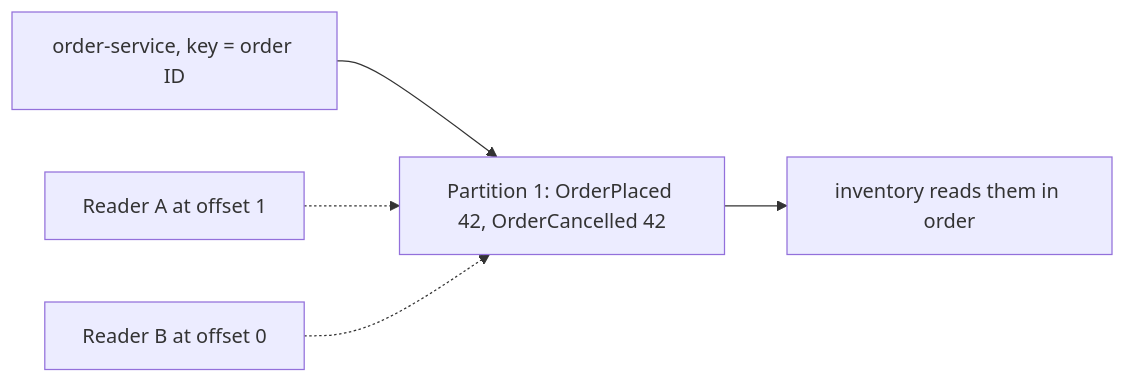
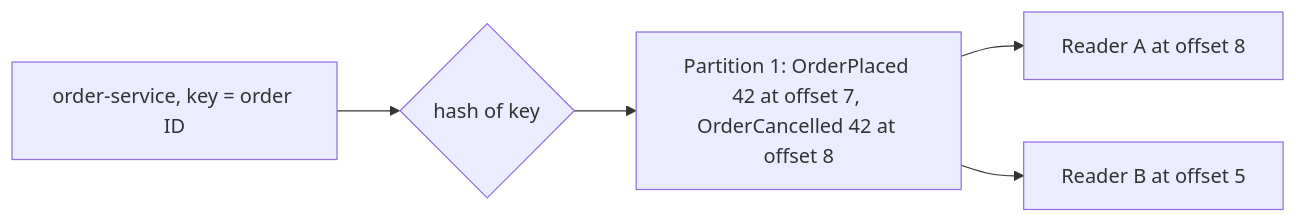
One commit to jubin-techwiz/learning changed the second of 2 diagrams in notes/02-messaging/02-kafka/02-log-topics-partitions-offsets.md. Above: the diagram before and after it, drawn with Mermaid. The commit also changed other lines of this file and 37 other files, not shown here.

````diff
--- a/notes/02-messaging/02-kafka/02-log-topics-partitions-offsets.md
+++ b/notes/02-messaging/02-kafka/02-log-topics-partitions-offsets.md
@@ -40,7 +71,7 @@
 ```mermaid
 flowchart LR
-    O[order-service, key = order ID] --> P1[Partition 1: OrderPlaced 42, OrderCancelled 42]
-    P1 --> I[inventory reads them in order]
-    A[Reader A at offset 1] -.-> P1
-    B[Reader B at offset 0] -.-> P1
+    O[order-service, key = order ID] --> H{hash of key}
+    H --> P1[Partition 1: OrderPlaced 42 at offset 7, OrderCancelled 42 at offset 8]
+    P1 --> A[Reader A at offset 8]
+    P1 --> B[Reader B at offset 5]
 ```
````
